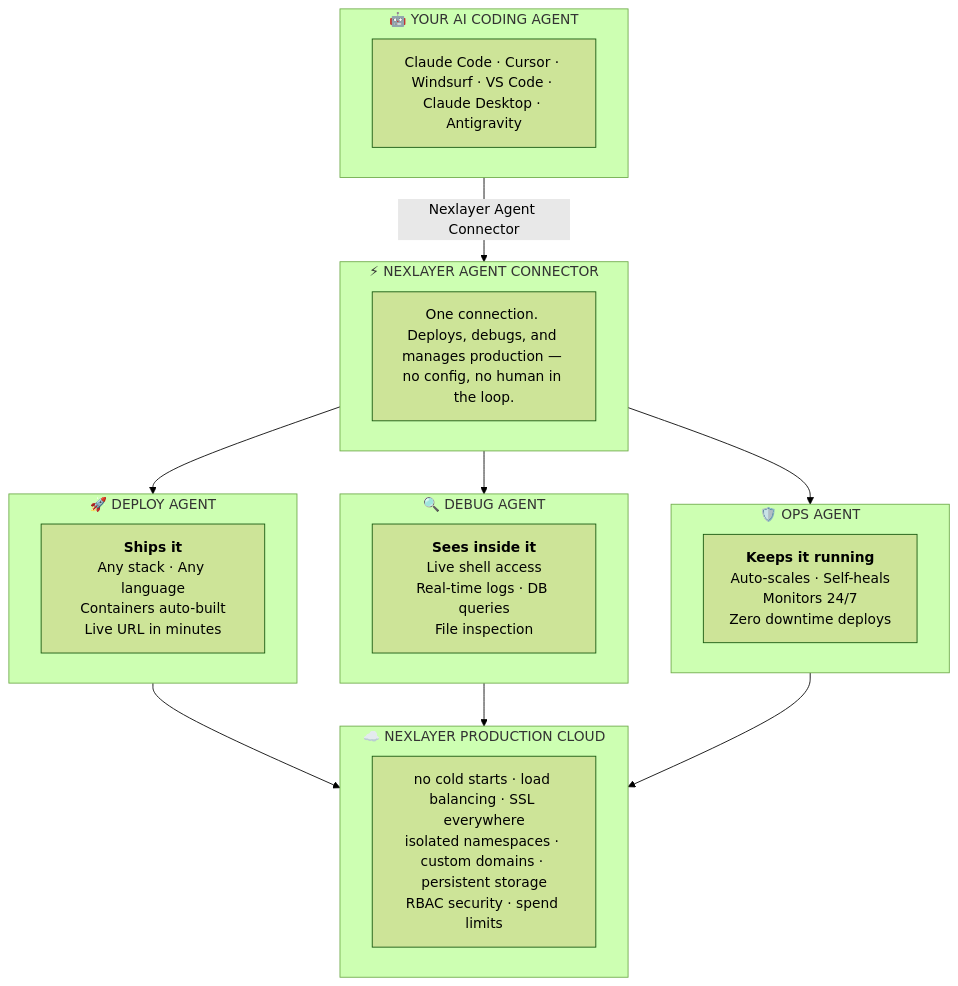
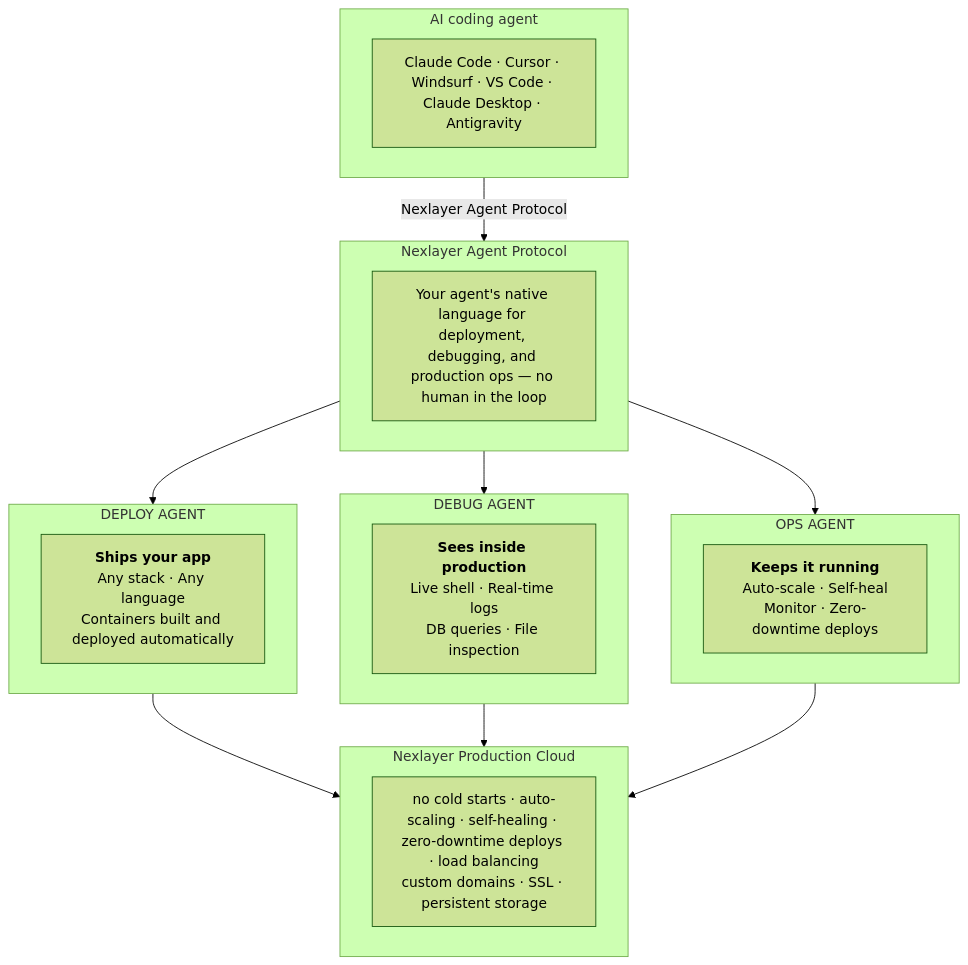
The diagram in README.md (Nexlayer/nexlayer-cloud), drawn with Mermaid (forest theme) before and after one commit. The commit also changed other lines of this file, not shown here.

Commit message:
Redesign architecture section: What Lives Under the Hood
- Three specialized agents with single jobs
- Nexlayer Agent Protocol as the native language
- Clean context window, fast shipping loop

````diff
--- a/README.md
+++ b/README.md
@@ -84,36 +84,36 @@
 ```mermaid
 flowchart TB
-    subgraph coding["🤖 YOUR AI CODING AGENT"]
+    subgraph coding["AI coding agent"]
         tools["Claude Code · Cursor · Windsurf · VS Code · Claude Desktop · Antigravity"]
     end
 
-    coding -->|"Nexlayer Agent Connector"| protocol
+    coding -->|"Nexlayer Agent Protocol"| protocol
 
-    subgraph protocol["⚡ NEXLAYER AGENT CONNECTOR"]
-        desc["One connection. Deploys, debugs, and manages production — no config, no human in the loop."]
+    subgraph protocol["Nexlayer Agent Protocol"]
+        desc["Your agent's native language for deployment, debugging, and production ops — no human in the loop"]
     end
 
     protocol --> deploy
     protocol --> debug
     protocol --> ops
 
-    subgraph deploy["🚀 DEPLOY AGENT"]
-        d1["<b>Ships it</b><br/>Any stack · Any language<br/>Containers auto-built<br/>Live URL in minutes"]
+    subgraph deploy["DEPLOY AGENT"]
+        d1["<b>Ships your app</b><br/>Any stack · Any language<br/>Containers built and deployed automatically"]
     end
 
-    subgraph debug["🔍 DEBUG AGENT"]
-        db1["<b>Sees inside it</b><br/>Live shell access<br/>Real-time logs · DB queries<br/>File inspection"]
+    subgraph debug["DEBUG AGENT"]
+        db1["<b>Sees inside production</b><br/>Live shell · Real-time logs<br/>DB queries · File inspection"]
     end
 
-    subgraph ops["🛡️ OPS AGENT"]
-        o1["<b>Keeps it running</b><br/>Auto-scales · Self-heals<br/>Monitors 24/7<br/>Zero downtime deploys"]
+    subgraph ops["OPS AGENT"]
+        o1["<b>Keeps it running</b><br/>Auto-scale · Self-heal<br/>Monitor · Zero-downtime deploys"]
     end
 
     deploy --> cloud
     debug --> cloud
     ops --> cloud
 
-    subgraph cloud["☁️ NEXLAYER PRODUCTION CLOUD"]
-        features["no cold starts · load balancing · SSL everywhere<br/>isolated namespaces · custom domains · persistent storage<br/>RBAC security · spend limits"]
+    subgraph cloud["Nexlayer Production Cloud"]
+        features["no cold starts · auto-scaling · self-healing · zero-downtime deploys · load balancing<br/>custom domains · SSL · persistent storage"]
     end
 ```
````
